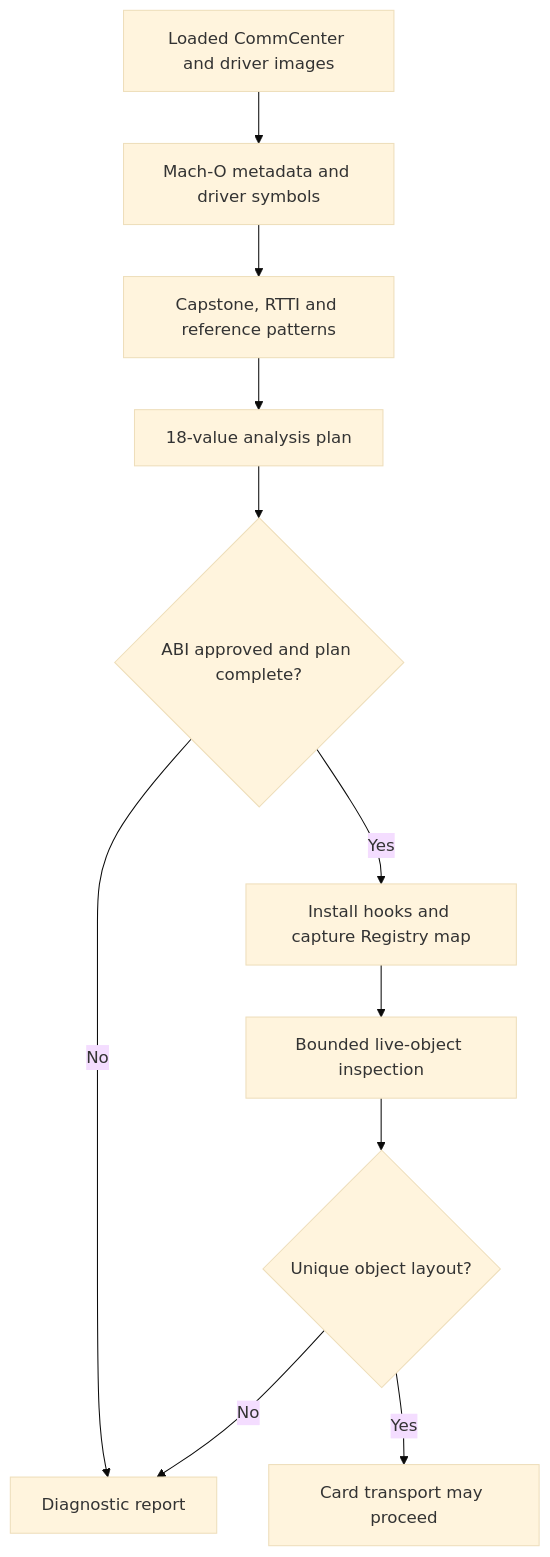
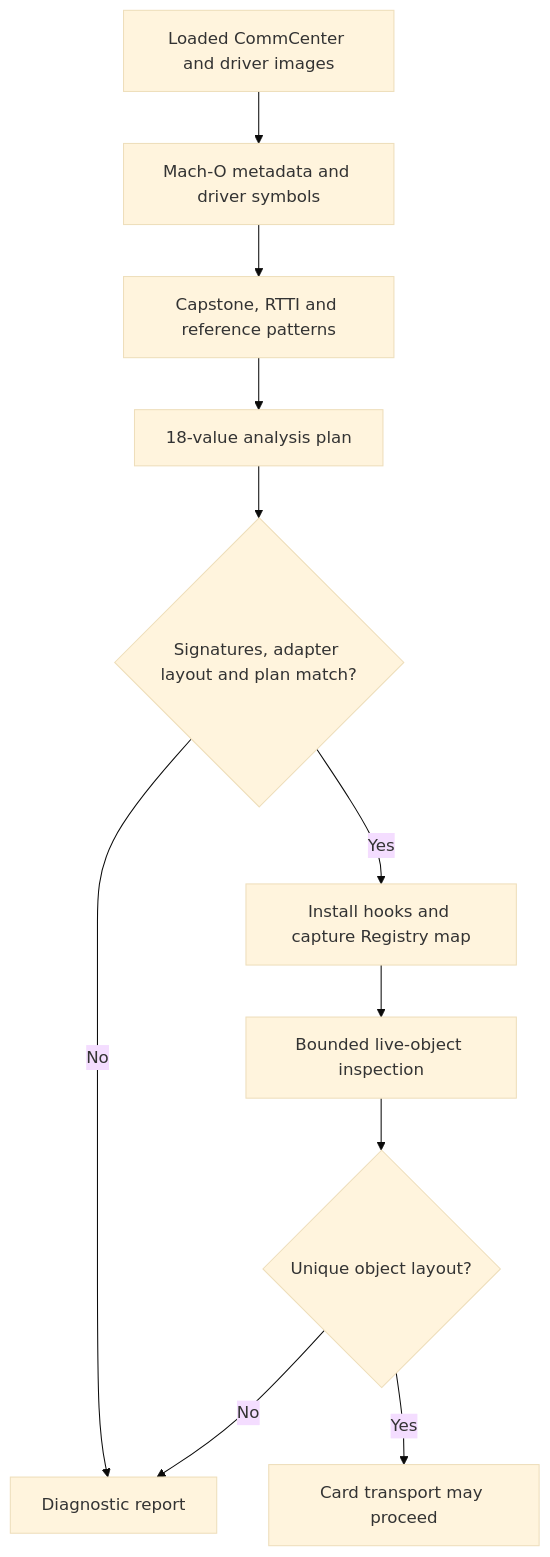
One commit to Officeyutong/SIMHarbor changed the diagram in docs/PATCHFINDER.md. Above: the diagram before and after it, drawn with Mermaid (base theme). The commit also changed other lines of this file and 27 other files, not shown here.

````diff
--- a/docs/PATCHFINDER.md
+++ b/docs/PATCHFINDER.md
@@ -11,13 +11,13 @@
 ```mermaid
 flowchart TD
     A[Loaded CommCenter and driver images] --> B[Mach-O metadata and driver symbols]
     B --> C[Capstone, RTTI and reference patterns]
     C --> D[18-value analysis plan]
-    D --> E{ABI approved and plan complete?}
+    D --> E{Signatures, adapter layout and plan match?}
     E -- No --> F[Diagnostic report]
     E -- Yes --> G[Install hooks and capture Registry map]
     G --> H[Bounded live-object inspection]
     H --> I{Unique object layout?}
     I -- No --> F
     I -- Yes --> J[Card transport may proceed]
 ```
````
